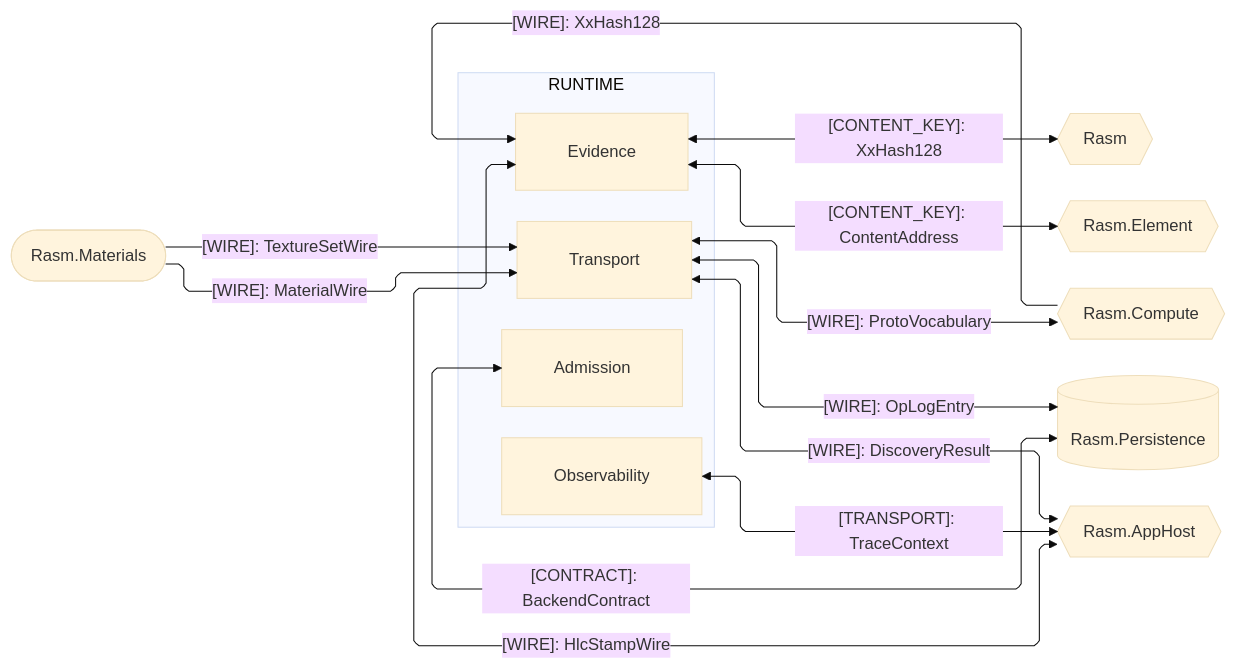
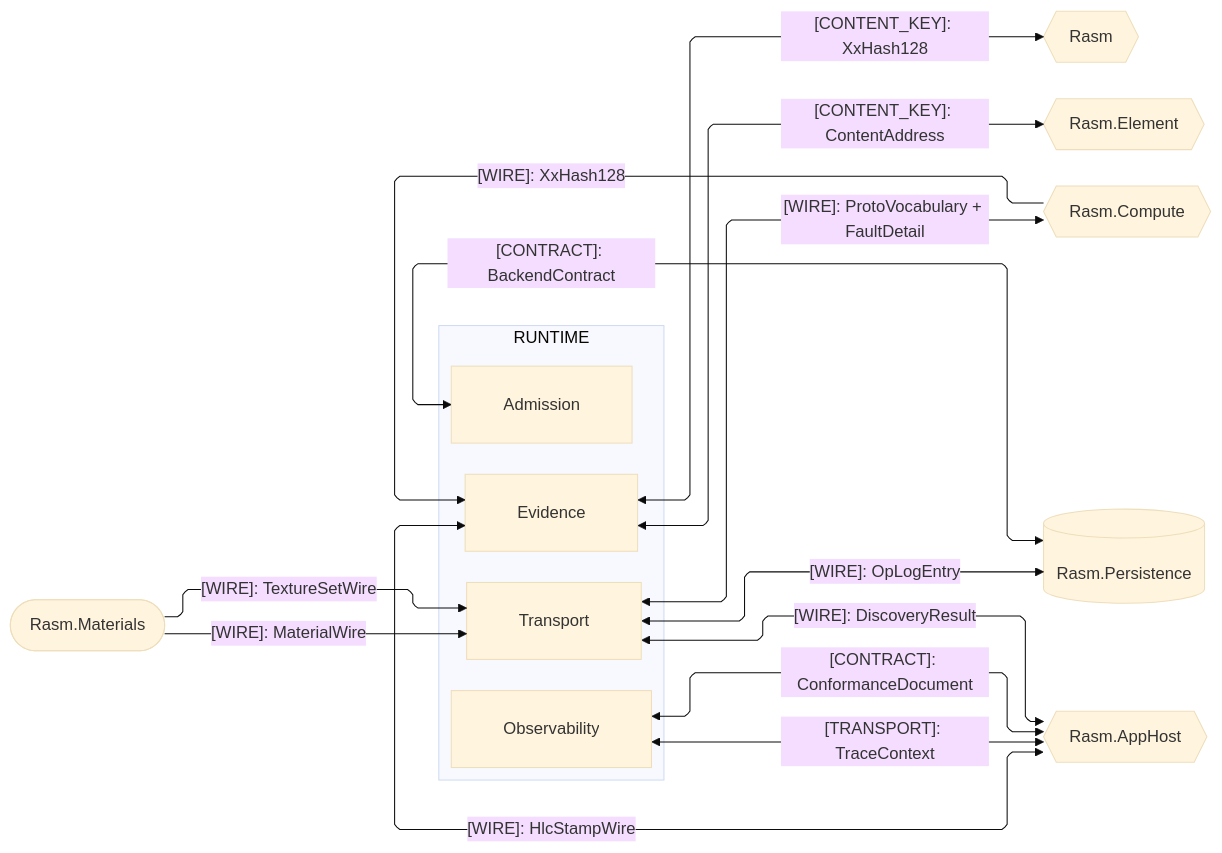
One commit to bsamiee/Rasm changed the second of 4 diagrams in libs/python/runtime/ARCHITECTURE.md. Above: the diagram before and after it, drawn with Mermaid (base theme). The commit also changed other lines of this file and 272 other files, not shown here.

````diff
--- a/libs/python/runtime/ARCHITECTURE.md
+++ b/libs/python/runtime/ARCHITECTURE.md
@@ -147,35 +147,36 @@
 ```mermaid
 ---
 config:
   layout: elk
   flowchart:
     curve: linear
     padding: 25
 ---
 flowchart LR
     accTitle: Runtime C# platform and kernel seams
     accDescr: Runtime sub-domain owners exchanging content keys, wire codecs, gRPC transport, and clock stamps with the C# peers.
     subgraph runtime[RUNTIME]
         Evidence[Evidence]
         Admission[Admission]
         Transport[Transport]
         Observability[Observability]
     end
     Rasm{{Rasm}}
     Element{{Rasm.Element}}
     Compute{{Rasm.Compute}}
     Persistence[(Rasm.Persistence)]
     AppHost{{Rasm.AppHost}}
     Materials([Rasm.Materials])
     Materials e1@-->|"[WIRE]: MaterialWire"| Transport
     Materials e2@-->|"[WIRE]: TextureSetWire"| Transport
     Evidence e3@<-->|"[CONTENT_KEY]: XxHash128"| Rasm
     Evidence e4@<-->|"[CONTENT_KEY]: ContentAddress"| Element
     Compute e5@-->|"[WIRE]: XxHash128"| Evidence
-    Transport e6@<-->|"[WIRE]: ProtoVocabulary"| Compute
+    Transport e6@<-->|"[WIRE]: ProtoVocabulary + FaultDetail"| Compute
     Transport e7@<-->|"[WIRE]: OpLogEntry"| Persistence
     Persistence e8@<-->|"[CONTRACT]: BackendContract"| Admission
     Transport e9@<-->|"[WIRE]: DiscoveryResult"| AppHost
     Observability e10@<-->|"[TRANSPORT]: TraceContext"| AppHost
     AppHost e11@<-->|"[WIRE]: HlcStampWire"| Evidence
+    Observability e12@<-->|"[CONTRACT]: ConformanceDocument"| AppHost
 ```
````
